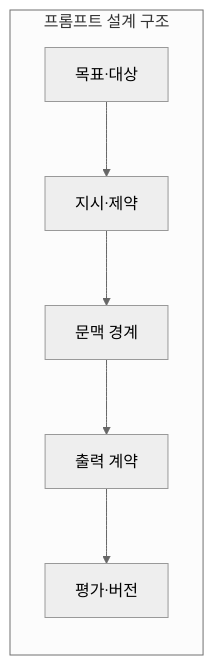
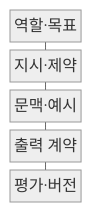
Before and after one commit to agnusdei1207/knowledge-base: the first of 2 diagrams in src/content/docs/notes/08-latest-tech/035_prompt_engineering.md, drawn with Mermaid (neutral theme). The commit also changed other lines of this file and 26 other files, not shown here.

````diff
--- a/src/content/docs/notes/08-latest-tech/035_prompt_engineering.md
+++ b/src/content/docs/notes/08-latest-tech/035_prompt_engineering.md
@@ -49,9 +53,13 @@
 ```mermaid
-flowchart LR
-    subgraph PEA[프롬프트 설계 구조]
-        A[목표·대상] --> B[지시·제약]
-        B --> C[문맥 경계]
-        C --> D[출력 계약]
-        D --> E[평가·버전]
-    end
+block-beta
+  columns 1
+  A["역할·목표"]
+  B["지시·제약"]
+  C["문맥·예시"]
+  D["출력 계약"]
+  E["평가·버전"]
+  A --- B
+  B --- C
+  C --- D
+  D --- E
 ```
````
